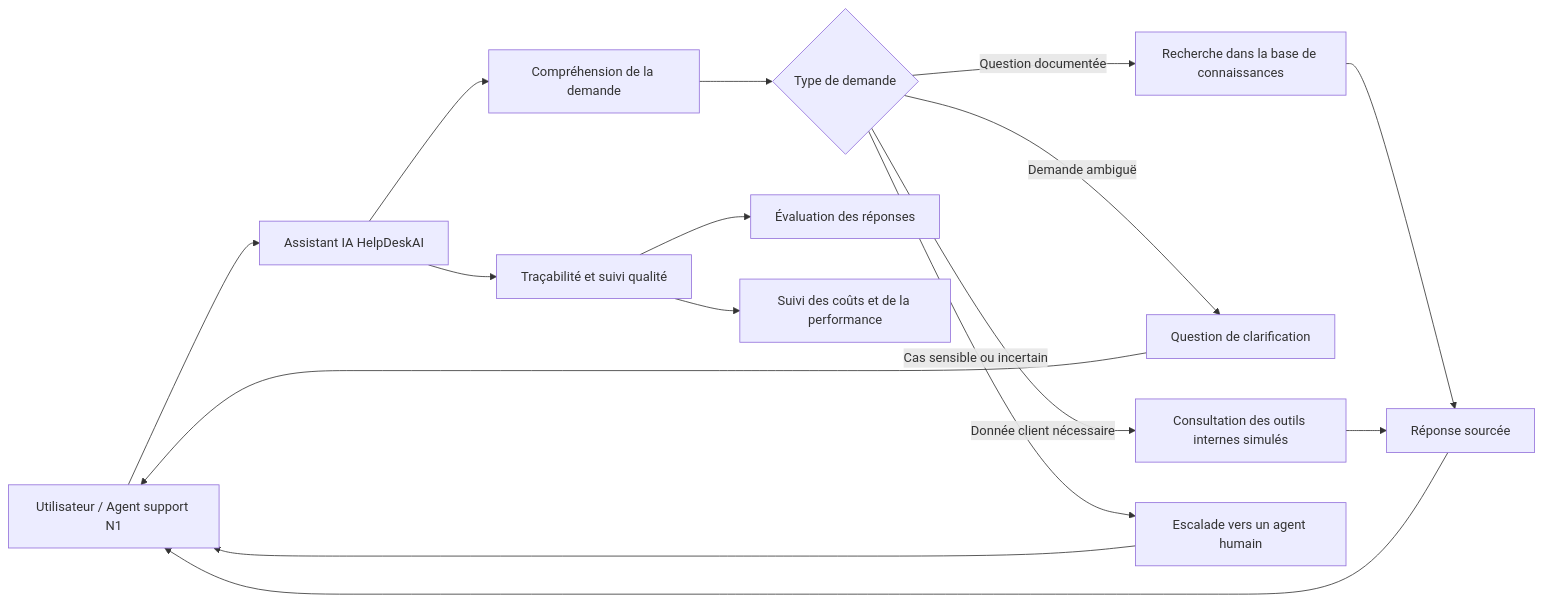
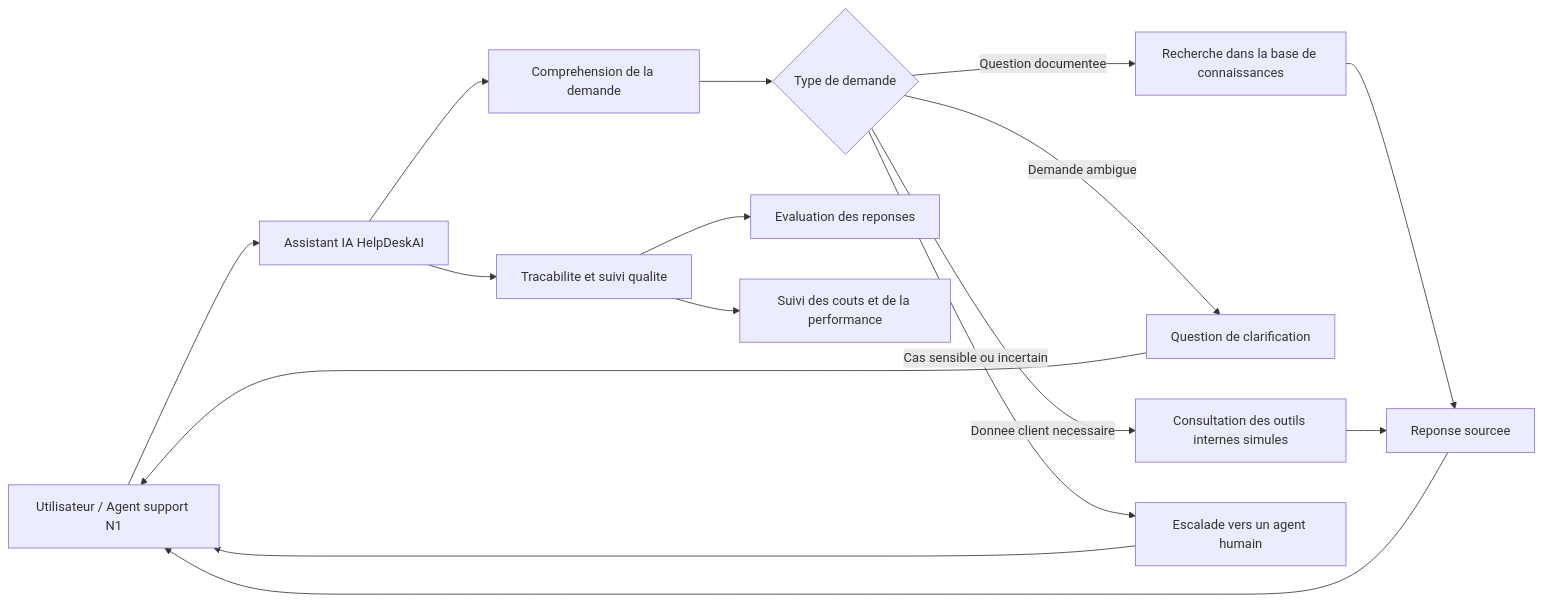
One commit to aja87/HelpDeskAI changed the diagram in docs/ARCHITECTURE.md. Above: the diagram before and after it, drawn with Mermaid. The commit also changed other lines of this file and 17 other files, not shown here.

````diff
--- a/docs/ARCHITECTURE.md
+++ b/docs/ARCHITECTURE.md
@@ -8,25 +11,25 @@
 ```mermaid
 flowchart LR
     U[Utilisateur / Agent support N1] --> A[Assistant IA HelpDeskAI]
 
-    A --> B[Compréhension de la demande]
+    A --> B[Comprehension de la demande]
     B --> C{Type de demande}
 
-    C -->|Question documentée| D[Recherche dans la base de connaissances]
-    D --> E[Réponse sourcée]
+    C -->|Question documentee| D[Recherche dans la base de connaissances]
+    D --> E[Reponse sourcee]
 
-    C -->|Demande ambiguë| F[Question de clarification]
+    C -->|Demande ambigue| F[Question de clarification]
 
-    C -->|Donnée client nécessaire| G[Consultation des outils internes simulés]
+    C -->|Donnee client necessaire| G[Consultation des outils internes simules]
     G --> E
 
     C -->|Cas sensible ou incertain| H[Escalade vers un agent humain]
 
     E --> U
     F --> U
     H --> U
 
-    A --> I[Traçabilité et suivi qualité]
-    I --> J[Évaluation des réponses]
-    I --> K[Suivi des coûts et de la performance]
+    A --> I[Tracabilite et suivi qualite]
+    I --> J[Evaluation des reponses]
+    I --> K[Suivi des couts et de la performance]
 ```
````
